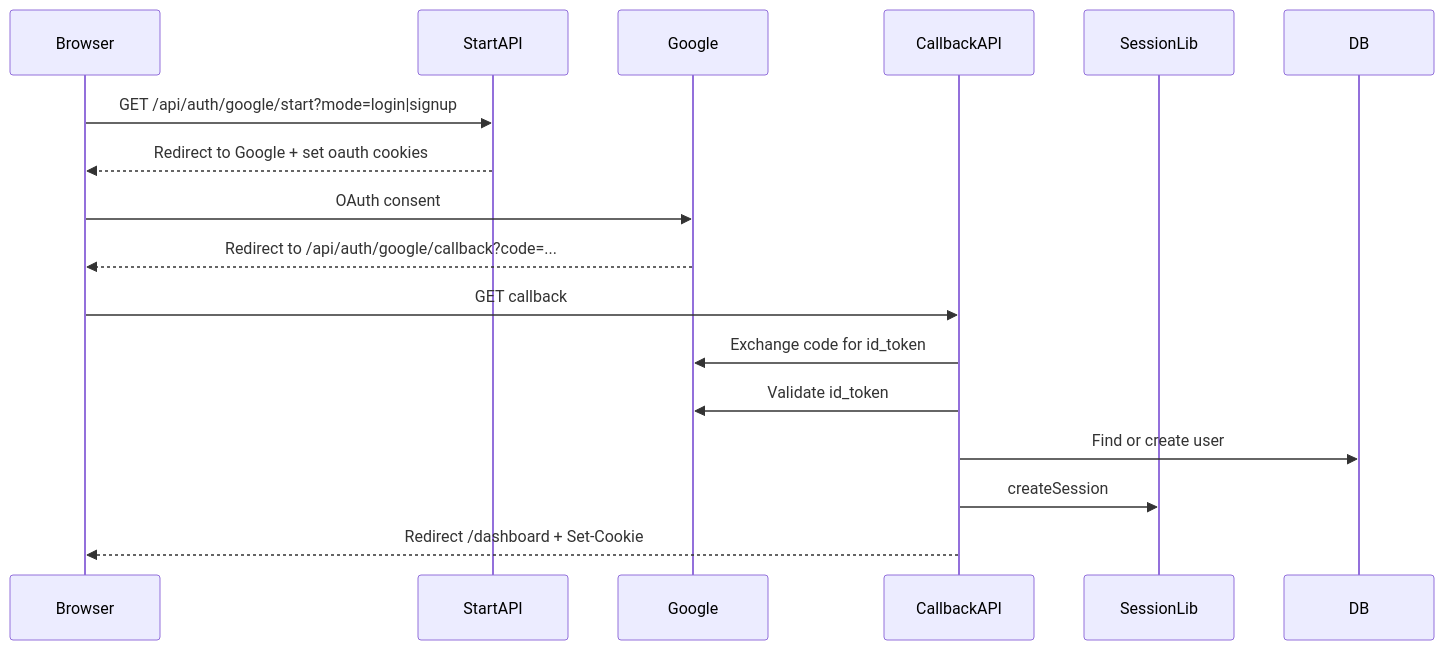
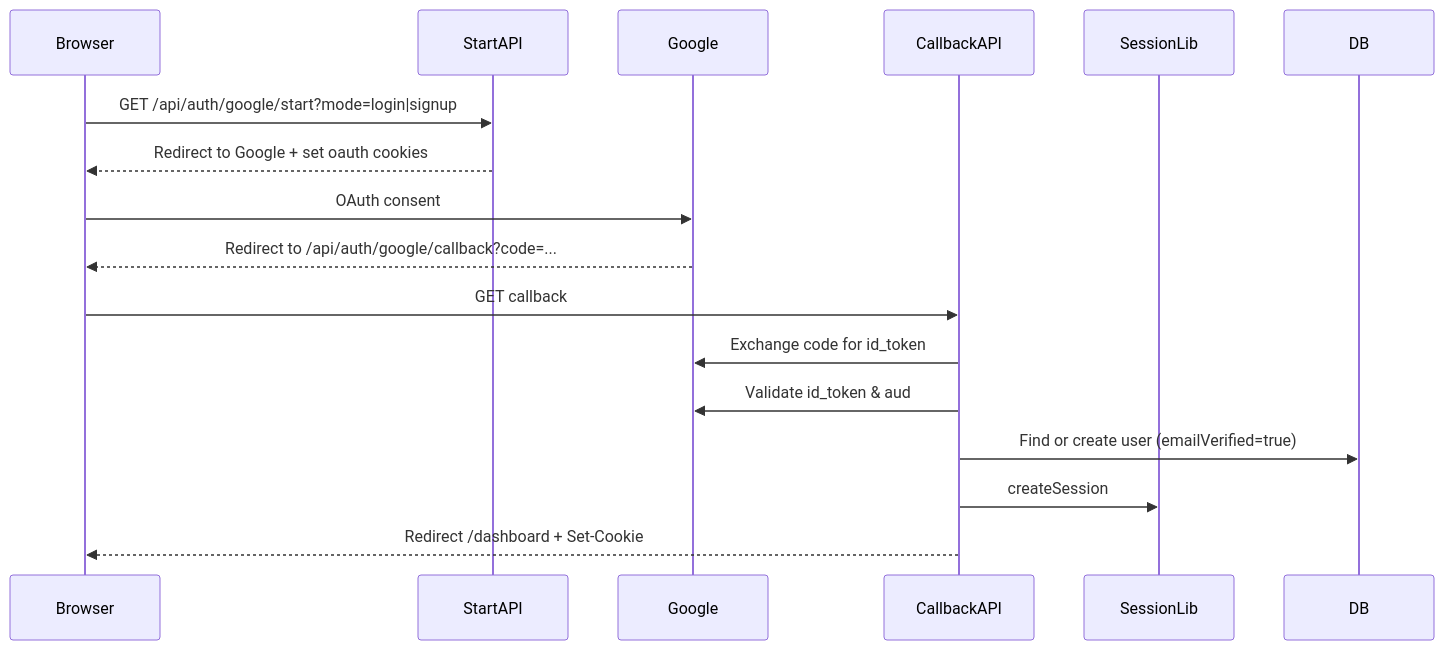
Before and after one commit to ChakraVaishnav/COREsume: the fifth of 6 diagrams in Authentication.md, drawn with Mermaid. The commit also changed other lines of this file and 11 other files, not shown here.

````diff
--- a/Authentication.md
+++ b/Authentication.md
@@ -93,20 +133,20 @@
 ```mermaid
 sequenceDiagram
   participant Browser
   participant StartAPI
   participant Google
   participant CallbackAPI
   participant SessionLib
   participant DB
 
   Browser->>StartAPI: GET /api/auth/google/start?mode=login|signup
   StartAPI-->>Browser: Redirect to Google + set oauth cookies
   Browser->>Google: OAuth consent
   Google-->>Browser: Redirect to /api/auth/google/callback?code=...
   Browser->>CallbackAPI: GET callback
   CallbackAPI->>Google: Exchange code for id_token
-  CallbackAPI->>Google: Validate id_token
-  CallbackAPI->>DB: Find or create user
+  CallbackAPI->>Google: Validate id_token & aud
+  CallbackAPI->>DB: Find or create user (emailVerified=true)
   CallbackAPI->>SessionLib: createSession
   CallbackAPI-->>Browser: Redirect /dashboard + Set-Cookie
 ```
````
